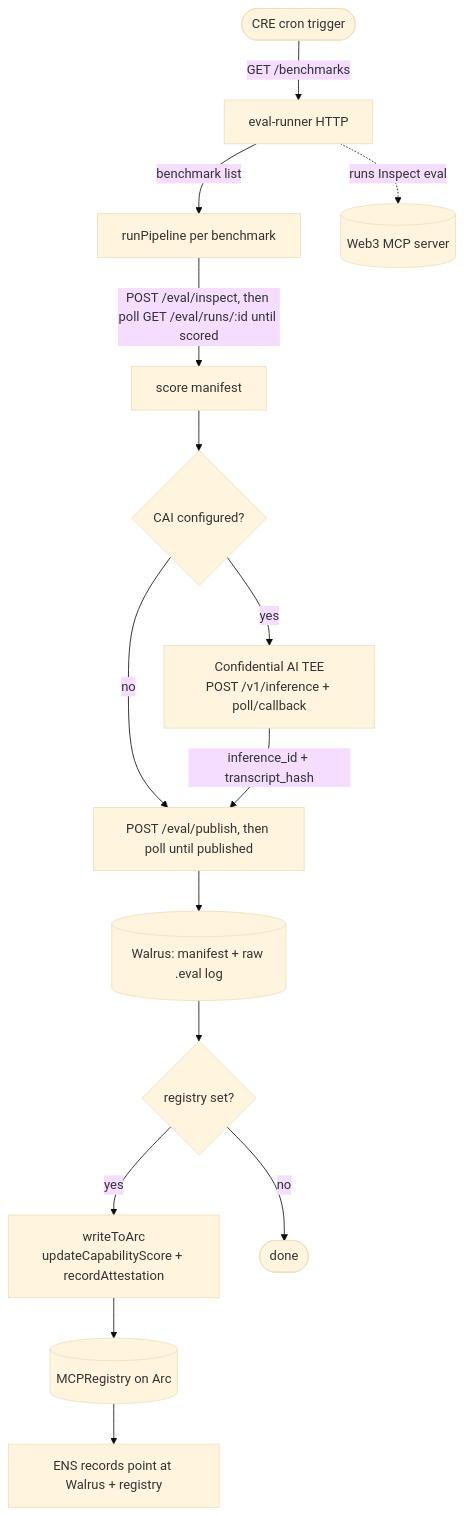
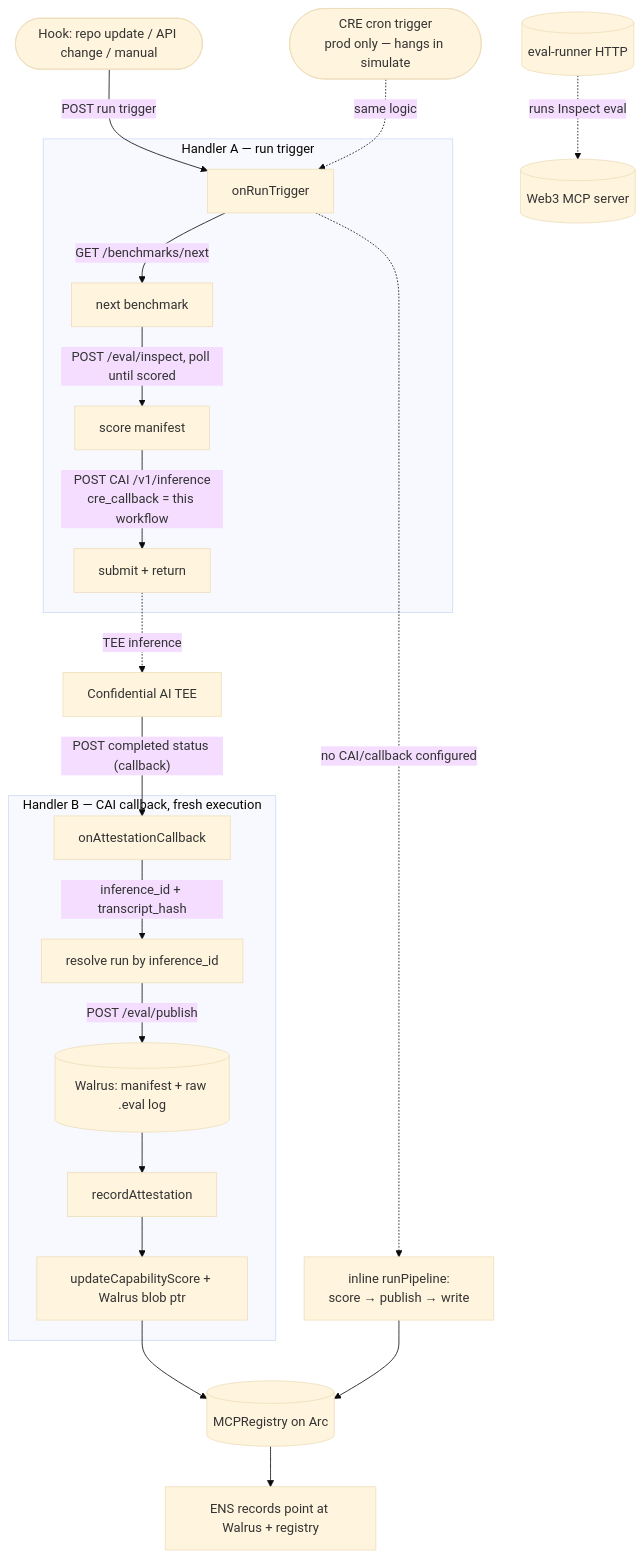
Before and after one commit to vhspace/goldenmcp: the first of 2 diagrams in README.md, drawn with Mermaid (base theme). The commit also changed other lines of this file, not shown here.

Commit message:
Correct CRE eval-pipeline diagram to async two-handler flow
The workflow is no longer a single cron-driven inline loop. It registers
three triggers (HTTP run, HTTP CAI-callback, cron) and runs two async
handlers: Handler A scores + submits to CAI with a cre_callback and returns;
CAI's callback starts a fresh execution (Handler B) that publishes to Walrus
and writes recordAttestation + updateCapabilityScore to Arc. A hook (repo
update / API change) drives the run trigger; cron is prod-only (hangs in
cre simulate). Rewrite the mermaid diagram + prose to match src/workflow.ts.

````diff
--- a/README.md
+++ b/README.md
@@ -85,20 +91,28 @@
 ```mermaid
 flowchart TD
-    Cron([CRE cron trigger]) -->|GET /benchmarks| Runner[eval-runner HTTP]
-    Runner -->|benchmark list| Loop[runPipeline per benchmark]
+    Hook([Hook: repo update / API change / manual]) -->|POST run trigger| HA
+    Cron([CRE cron trigger<br/>prod only — hangs in simulate]) -.->|same logic| HA
 
-    Loop -->|"POST /eval/inspect, then poll GET /eval/runs/:id until scored"| Score[score manifest]
-    Runner -.->|runs Inspect eval| MCP[(Web3 MCP server)]
+    subgraph HandlerA [Handler A — run trigger]
+      HA[onRunTrigger] -->|GET /benchmarks/next| Next[next benchmark]
+      Next -->|"POST /eval/inspect, poll until scored"| Score[score manifest]
+      Score -->|"POST CAI /v1/inference<br/>cre_callback = this workflow"| Submit[submit + return]
+    end
+    Runner[(eval-runner HTTP)] -.->|runs Inspect eval| MCP[(Web3 MCP server)]
 
-    Score --> HasCAI{CAI configured?}
-    HasCAI -->|yes| CAI[Confidential AI TEE<br/>POST /v1/inference + poll/callback]
-    HasCAI -->|no| Pub
-    CAI -->|inference_id + transcript_hash| Pub
+    Submit -.->|TEE inference| CAI[Confidential AI TEE]
+    CAI -->|"POST completed status (callback)"| HB
 
-    Pub["POST /eval/publish, then poll until published"] --> Walrus[(Walrus: manifest + raw .eval log)]
-    Walrus --> HasReg{registry set?}
-    HasReg -->|yes| Arc[writeToArc<br/>updateCapabilityScore + recordAttestation]
-    HasReg -->|no| Done([done])
-    Arc --> Registry[(MCPRegistry on Arc)]
+    subgraph HandlerB [Handler B — CAI callback, fresh execution]
+      HB[onAttestationCallback] -->|inference_id + transcript_hash| Resolve[resolve run by inference_id]
+      Resolve -->|POST /eval/publish| Walrus[(Walrus: manifest + raw .eval log)]
+      Walrus --> ArcAtt[recordAttestation]
+      ArcAtt --> ArcScore[updateCapabilityScore + Walrus blob ptr]
+    end
+
+    ArcScore --> Registry[(MCPRegistry on Arc)]
     Registry --> ENS[ENS records point at Walrus + registry]
+
+    HA -.->|"no CAI/callback configured"| Inline[inline runPipeline:<br/>score → publish → write]
+    Inline --> Registry
 ```
````
